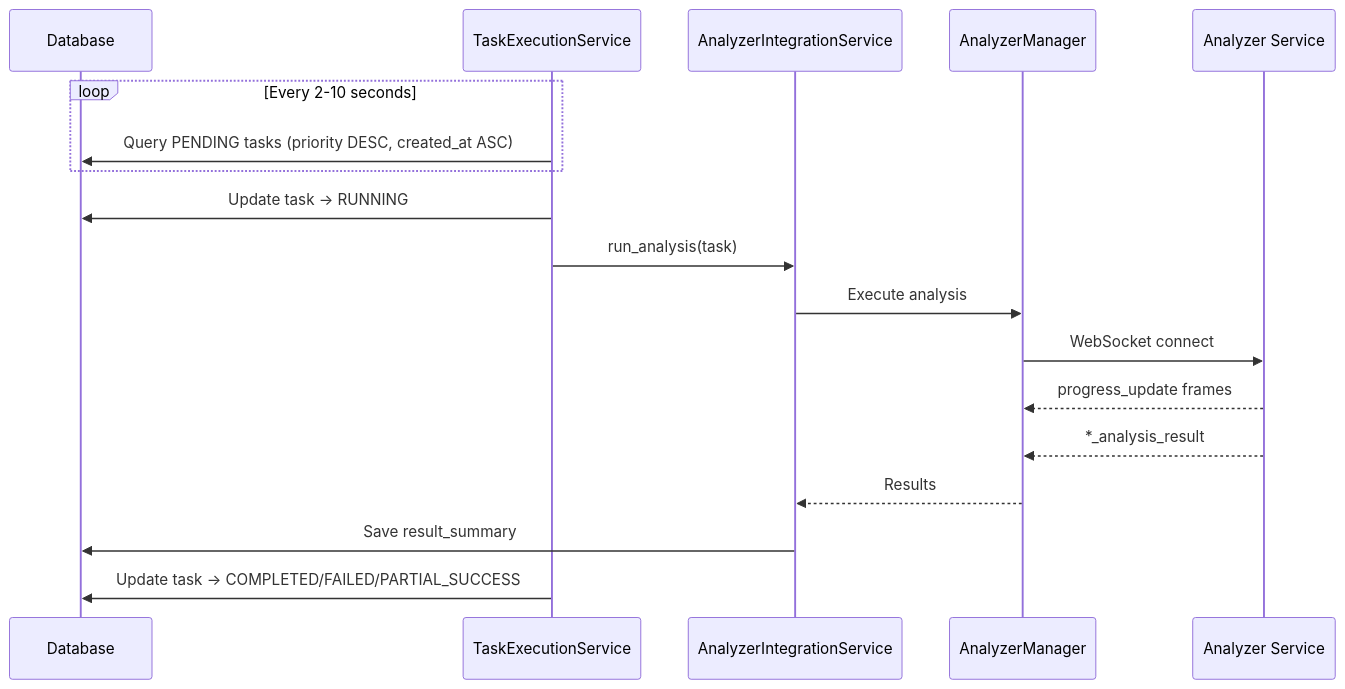
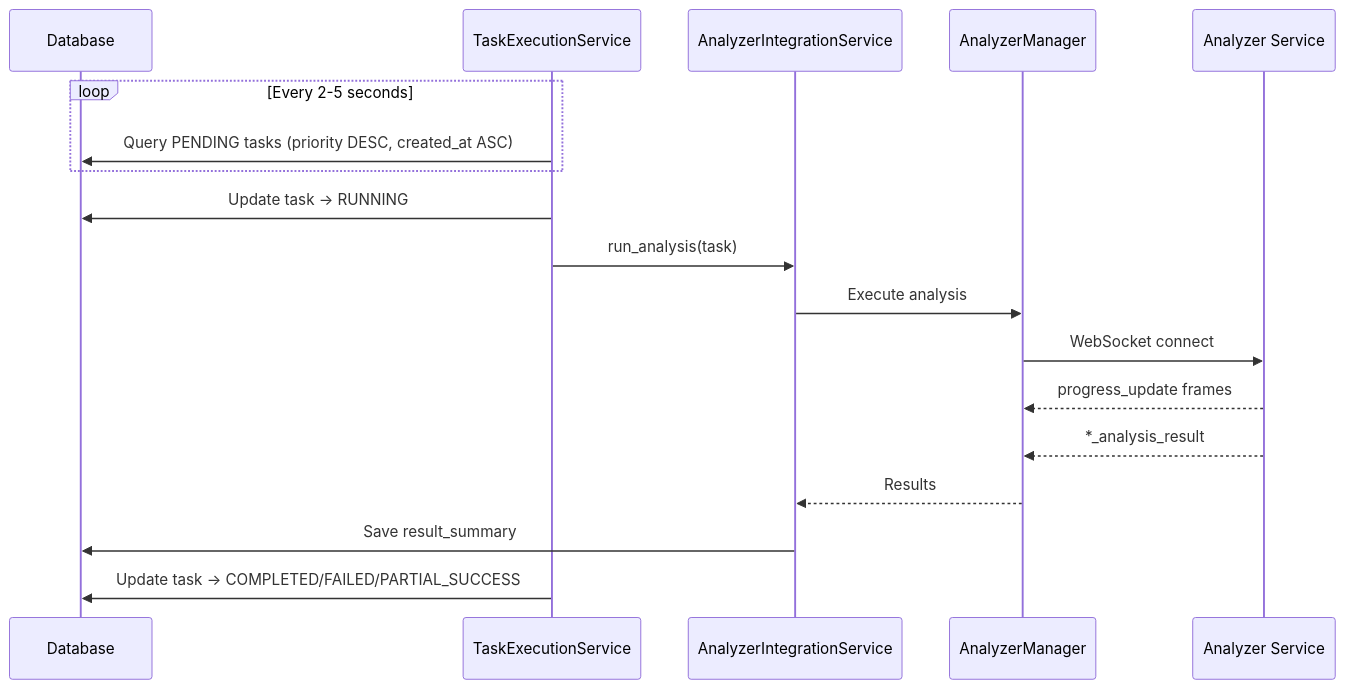
Before and after one commit to GrabowMar/ThesisAppRework: the second of 6 diagrams in docs/BACKGROUND_SERVICES.md, drawn with Mermaid. The commit also changed other lines of this file and 9 other files, not shown here.

````diff
--- a/docs/BACKGROUND_SERVICES.md
+++ b/docs/BACKGROUND_SERVICES.md
@@ -58,22 +58,22 @@
 ```mermaid
 sequenceDiagram
     participant DB as Database
     participant TES as TaskExecutionService
     participant AIS as AnalyzerIntegrationService
     participant AM as AnalyzerManager
     participant WS as Analyzer Service
     
-    loop Every 2-10 seconds
+    loop Every 2-5 seconds
         TES->>DB: Query PENDING tasks (priority DESC, created_at ASC)
     end
     
     TES->>DB: Update task → RUNNING
     TES->>AIS: run_analysis(task)
     AIS->>AM: Execute analysis
     AM->>WS: WebSocket connect
     WS-->>AM: progress_update frames
     WS-->>AM: *_analysis_result
     AM-->>AIS: Results
     AIS->>DB: Save result_summary
     TES->>DB: Update task → COMPLETED/FAILED/PARTIAL_SUCCESS
 ```
````
